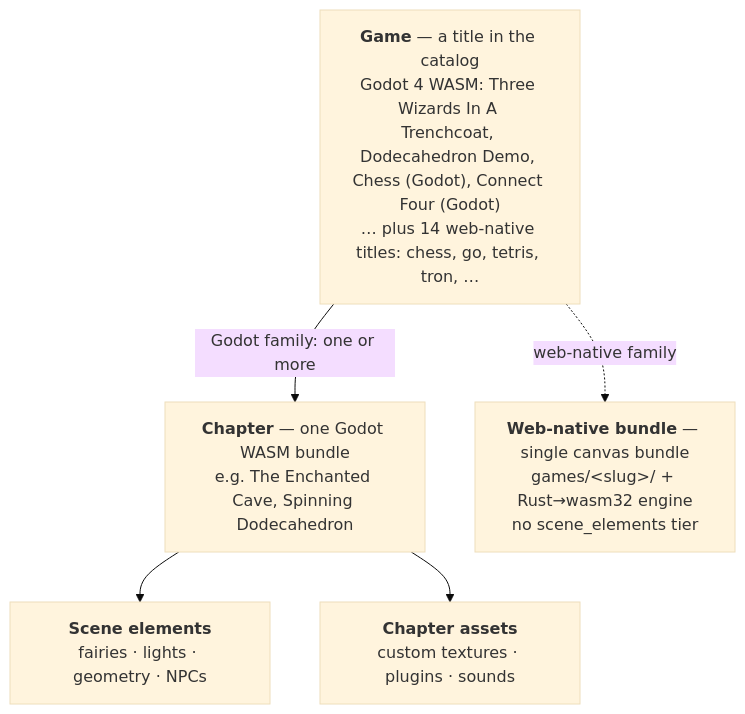
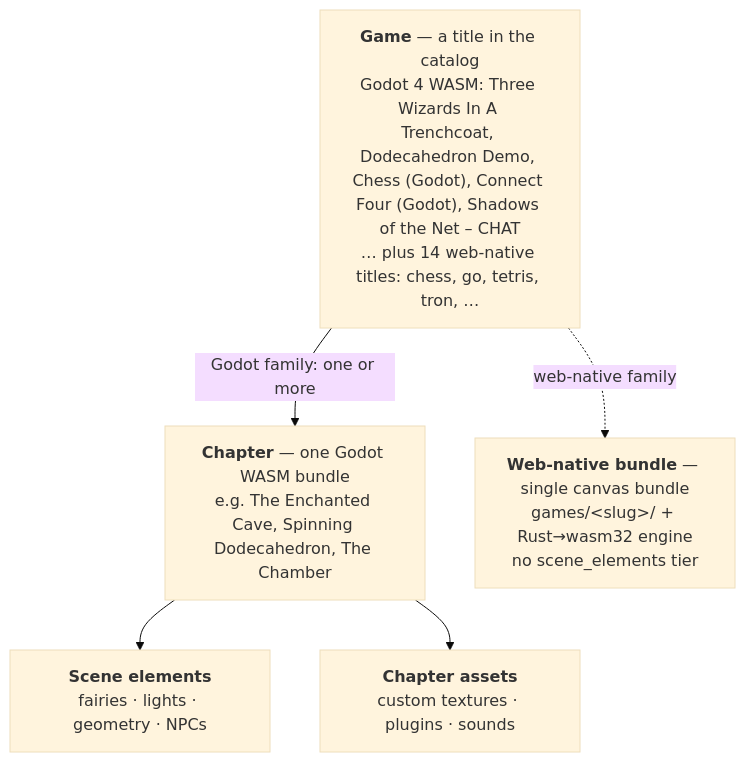
The second of 48 diagrams in README.md (hugmesh/hugmesh-games), drawn with Mermaid (base theme) before and after one commit. The commit also changed other lines of this file and 4 other files, not shown here.

First line of the commit message:
docs: add missing Shadows of the Net catalog title, fix ControlController auth claims (#134)

````diff
--- a/README.md
+++ b/README.md
@@ -214,12 +215,12 @@
 ```mermaid
 flowchart TB
-    Game["<b>Game</b> — a title in the catalog<br/>Godot 4 WASM: Three Wizards In A Trenchcoat, Dodecahedron Demo, Chess (Godot), Connect Four (Godot)<br/>… plus 14 web-native titles: chess, go, tetris, tron, …"]
-    Chapter["<b>Chapter</b> — one Godot WASM bundle<br/>e.g. The Enchanted Cave, Spinning Dodecahedron"]
+    Game["<b>Game</b> — a title in the catalog<br/>Godot 4 WASM: Three Wizards In A Trenchcoat, Dodecahedron Demo, Chess (Godot), Connect Four (Godot), Shadows of the Net – CHAT<br/>… plus 14 web-native titles: chess, go, tetris, tron, …"]
+    Chapter["<b>Chapter</b> — one Godot WASM bundle<br/>e.g. The Enchanted Cave, Spinning Dodecahedron, The Chamber"]
     Scene["<b>Scene elements</b><br/>fairies · lights · geometry · NPCs"]
     Assets["<b>Chapter assets</b><br/>custom textures · plugins · sounds"]
     WebNative["<b>Web-native bundle</b> — single canvas bundle<br/>games/&lt;slug&gt;/ + Rust→wasm32 engine<br/>no scene_elements tier"]
     Game -->|"Godot family: one or more"| Chapter
     Chapter --> Scene
     Chapter --> Assets
     Game -.->|"web-native family"| WebNative
 ```
````
